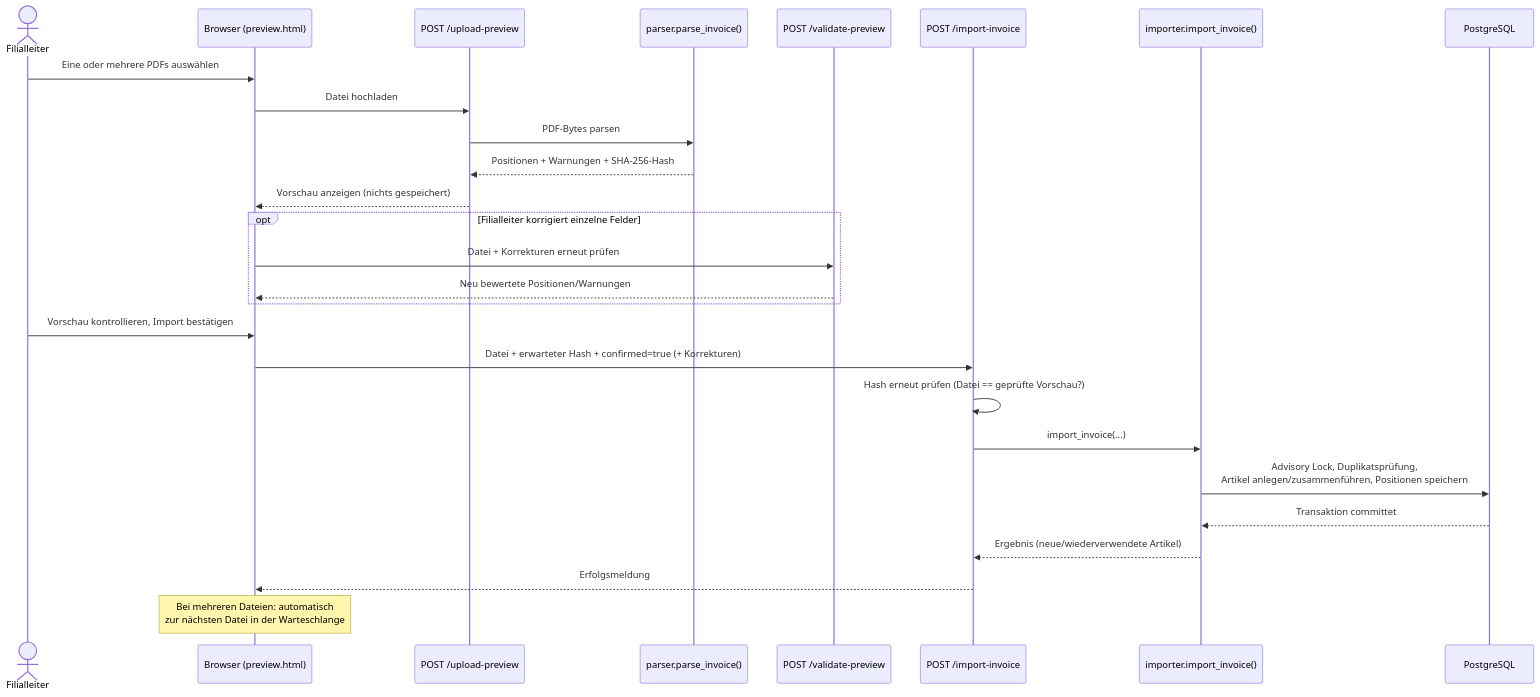
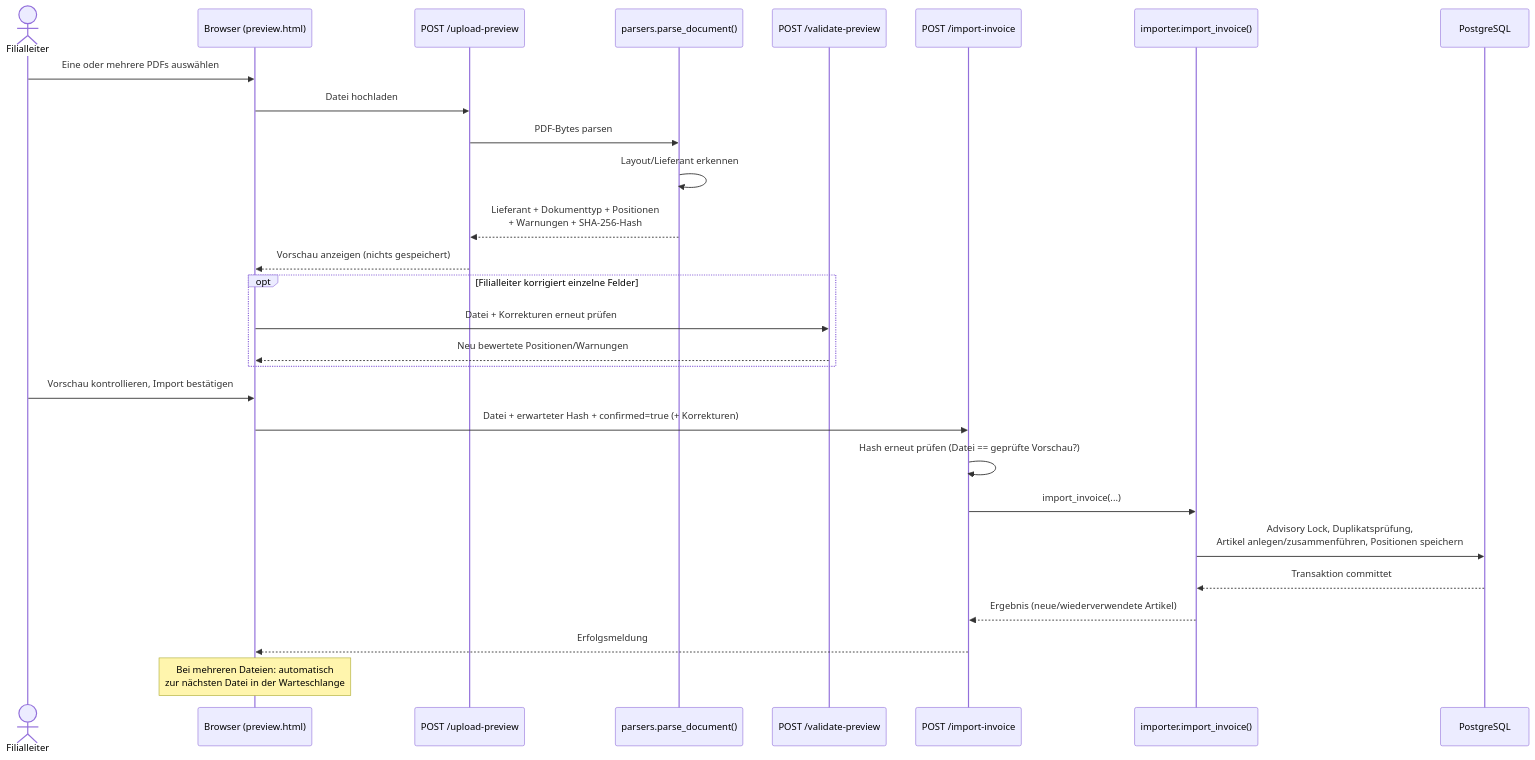
Before and after one commit to FreaXz03/sportfabrik-inventory: the second of 2 diagrams in docs/architektur.md, drawn with Mermaid. The commit also changed other lines of this file and 6 other files, not shown here.

````diff
--- a/docs/architektur.md
+++ b/docs/architektur.md
@@ -116,30 +116,31 @@
 ```mermaid
 sequenceDiagram
     actor Filialleiter
     participant UI as Browser (preview.html)
     participant Preview as POST /upload-preview
-    participant Parser as parser.parse_invoice()
+    participant Parser as parsers.parse_document()
     participant Validate as POST /validate-preview
     participant Import as POST /import-invoice
     participant Importer as importer.import_invoice()
     participant DB as PostgreSQL
 
     Filialleiter->>UI: Eine oder mehrere PDFs auswählen
     UI->>Preview: Datei hochladen
     Preview->>Parser: PDF-Bytes parsen
-    Parser-->>Preview: Positionen + Warnungen + SHA-256-Hash
+    Parser->>Parser: Layout/Lieferant erkennen
+    Parser-->>Preview: Lieferant + Dokumenttyp + Positionen<br/>+ Warnungen + SHA-256-Hash
     Preview-->>UI: Vorschau anzeigen (nichts gespeichert)
     opt Filialleiter korrigiert einzelne Felder
         UI->>Validate: Datei + Korrekturen erneut prüfen
         Validate-->>UI: Neu bewertete Positionen/Warnungen
     end
     Filialleiter->>UI: Vorschau kontrollieren, Import bestätigen
     UI->>Import: Datei + erwarteter Hash + confirmed=true (+ Korrekturen)
     Import->>Import: Hash erneut prüfen (Datei == geprüfte Vorschau?)
     Import->>Importer: import_invoice(...)
     Importer->>DB: Advisory Lock, Duplikatsprüfung,<br/>Artikel anlegen/zusammenführen, Positionen speichern
     DB-->>Importer: Transaktion committet
     Importer-->>Import: Ergebnis (neue/wiederverwendete Artikel)
     Import-->>UI: Erfolgsmeldung
     Note over UI: Bei mehreren Dateien: automatisch<br/>zur nächsten Datei in der Warteschlange
 ```
````
